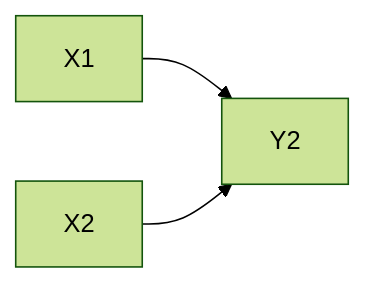
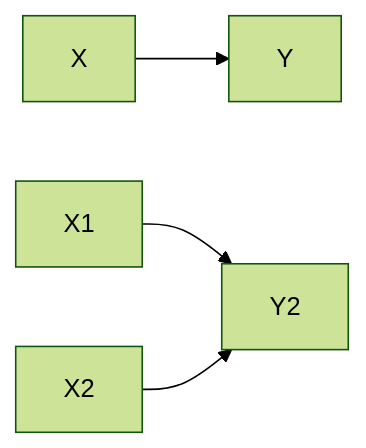
One commit to sebastiansauer/start-bayes changed the second of 3 diagrams in Inferenz.qmd. Above: the diagram before and after it, drawn with Mermaid (forest theme). The commit also changed other lines of this file and 1 other file, not shown here.

````diff
--- a/Inferenz.qmd
+++ b/Inferenz.qmd
@@ -284,7 +279,8 @@
 ```{mermaid}
-%%| fig-cap: Sinnbild eines statistischen Modells, mit zwei Inputvariablen (Ursachen)
+flowchart LR
+X --> Y
 
-flowchart LR
+
 X1 --> Y2
 X2 --> Y2
 ```
````
